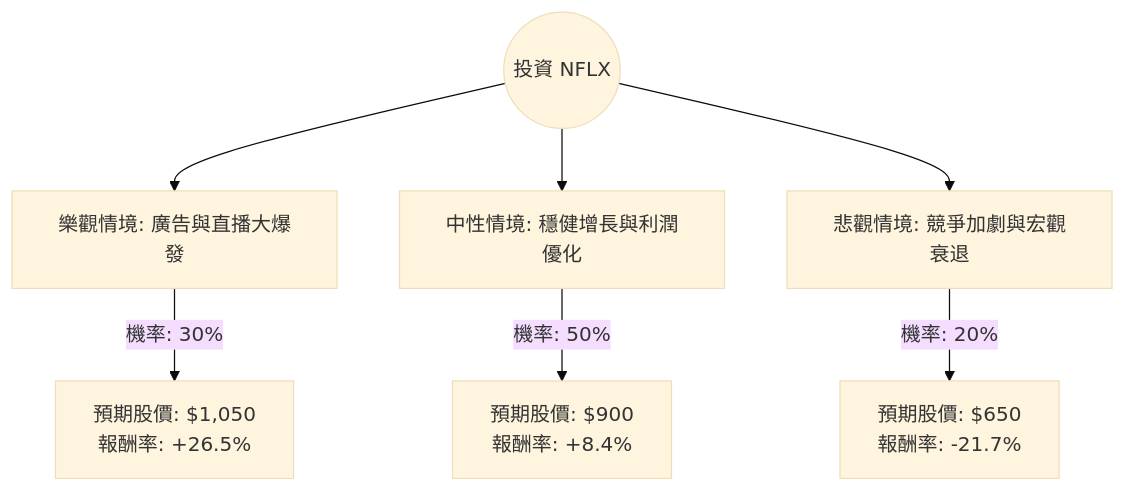
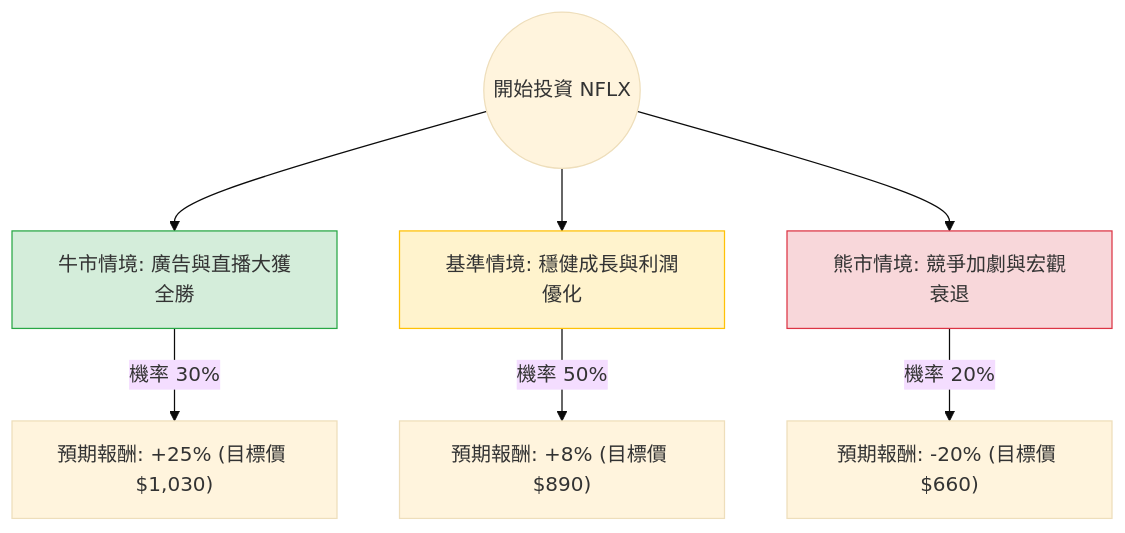
The diagram in plugin-react/ai-analysis/ev-analysis/NFLX.md (zmcx16/zmcx16.github.io), drawn with Mermaid (base theme) before and after one commit. The commit also changed other lines of this file and 73 other files, not shown here.

````diff
--- a/plugin-react/ai-analysis/ev-analysis/NFLX.md
+++ b/plugin-react/ai-analysis/ev-analysis/NFLX.md
@@ -21,10 +22,14 @@
 ```mermaid
 graph TD
-    Start((投資 NFLX)) --> Bull[樂觀情境: 廣告與直播大爆發]
-    Start --> Base[中性情境: 穩健增長與利潤優化]
-    Start --> Bear[悲觀情境: 競爭加劇與宏觀衰退]
+    Start((開始投資 NFLX)) --> Bull[牛市情境: 廣告與直播大獲全勝]
+    Start --> Base[基準情境: 穩健成長與利潤優化]
+    Start --> Bear[熊市情境: 競爭加劇與宏觀衰退]
 
-    Bull -- "機率: 30%" --> BullVal["預期股價: $1,050 <br/> 報酬率: +26.5%"]
-    Base -- "機率: 50%" --> BaseVal["預期股價: $900 <br/> 報酬率: +8.4%"]
-    Bear -- "機率: 20%" --> BearVal["預期股價: $650 <br/> 報酬率: -21.7%"]
+    Bull -- "機率 30%" --> BullVal["預期報酬: +25% (目標價 $1,030)"]
+    Base -- "機率 50%" --> BaseVal["預期報酬: +8% (目標價 $890)"]
+    Bear -- "機率 20%" --> BearVal["預期報酬: -20% (目標價 $660)"]
+
+    style Bull fill:#d4edda,stroke:#28a745
+    style Base fill:#fff3cd,stroke:#ffc107
+    style Bear fill:#f8d7da,stroke:#dc3545
 ```
````
